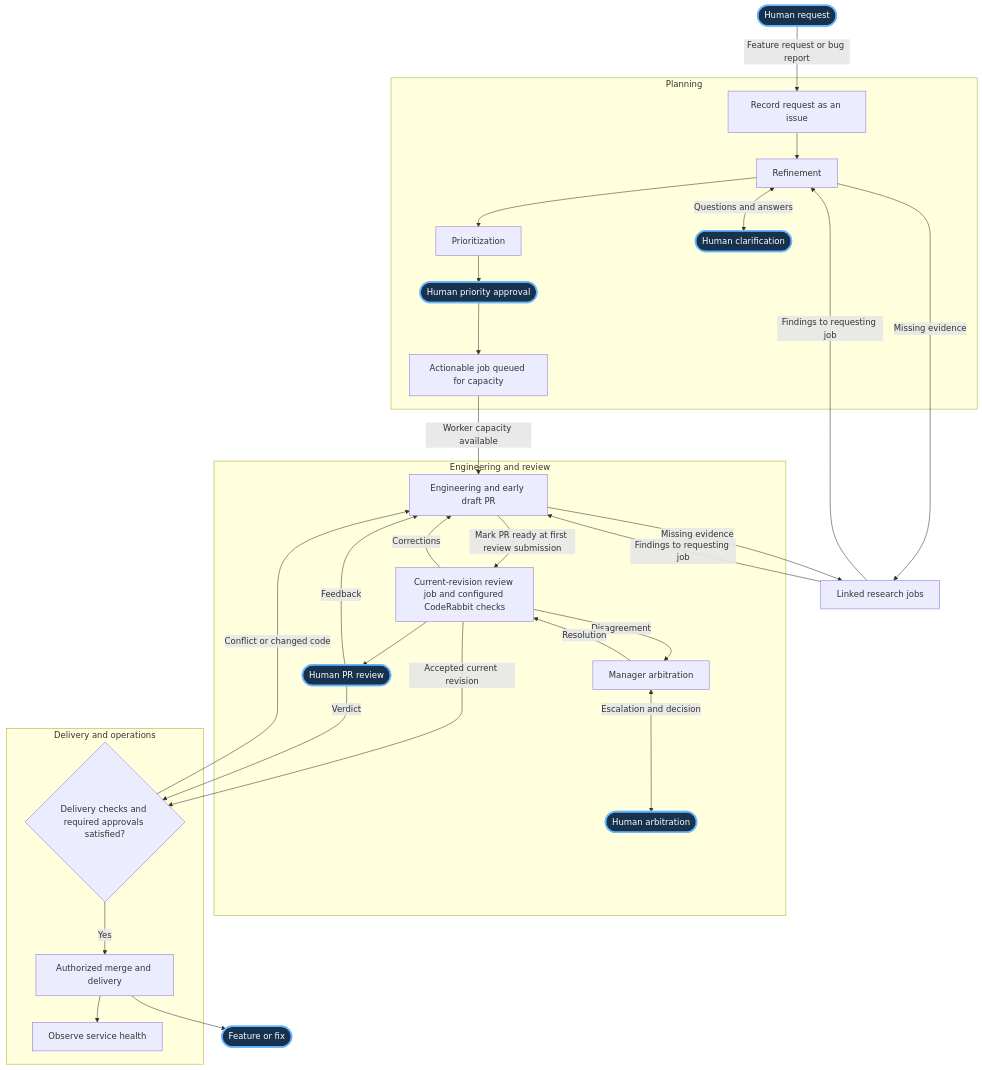
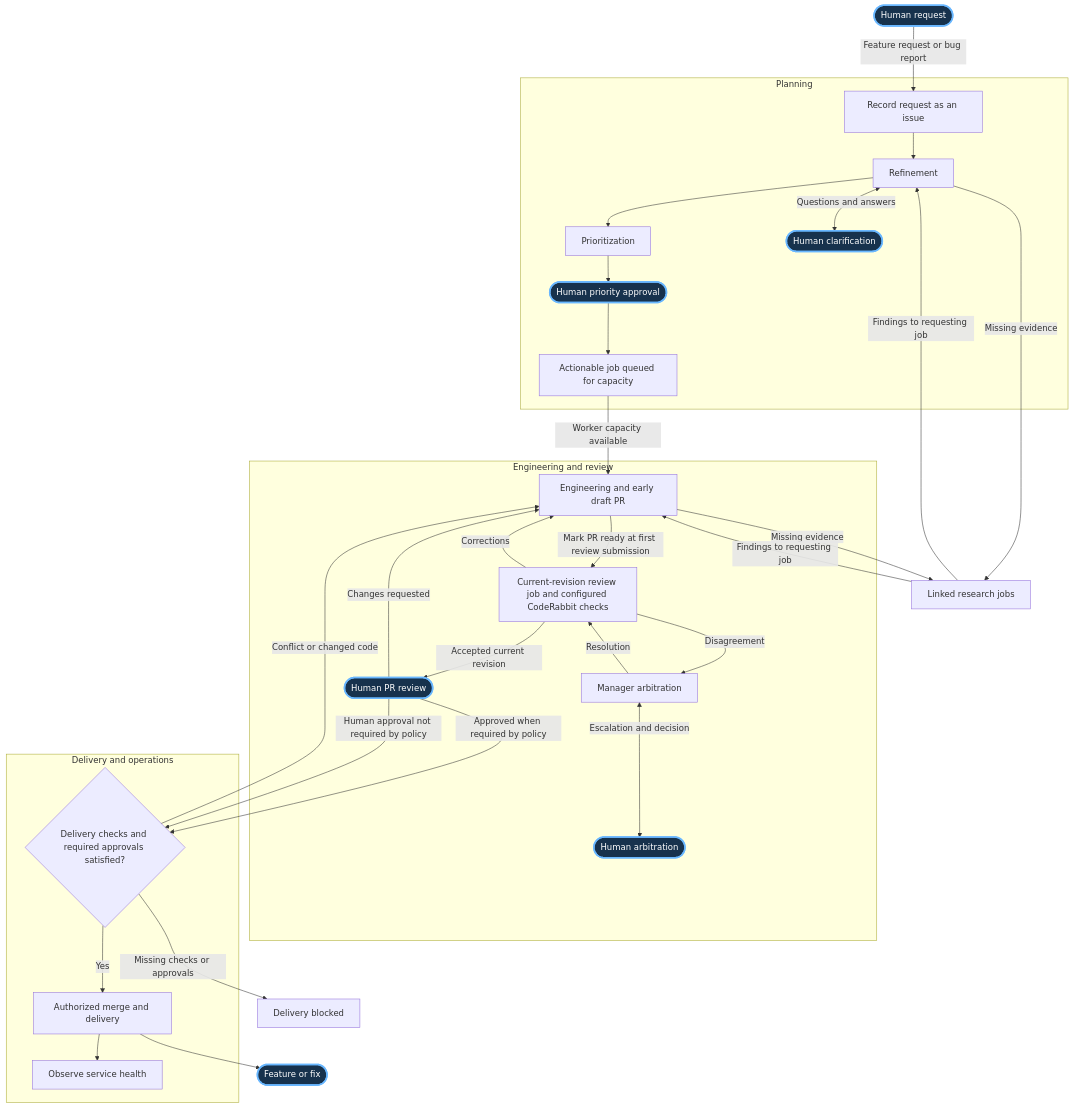
Before and after one commit to dataclique/metagenda: the second of 3 diagrams in SPEC.md, drawn with Mermaid. The commit also changed other lines of this file and 2 other files, not shown here.

Commit message:
clarify execution recovery and review contracts

````diff
--- a/SPEC.md
+++ b/SPEC.md
@@ -197,50 +210,51 @@
 ```mermaid
 flowchart TD
     Human([Human request])
     Complete([Feature or fix])
     subgraph Planning[Planning]
         Intake[Record request as an issue]
         Refine[Refinement]
         Priority[Prioritization]
         Queue[Actionable job queued for capacity]
         Clarify([Human clarification])
         Approve([Human priority approval])
     end
     Research[Linked research jobs]
     subgraph Implementation[Engineering and review]
         Engineering[Engineering and early draft PR]
         Review[Current-revision review job and configured CodeRabbit checks]
         Arbitration[Manager arbitration]
         HumanReview([Human PR review])
         HumanDecision([Human arbitration])
     end
     subgraph Delivery[Delivery and operations]
         Release{Delivery checks and required approvals satisfied?}
         Deliver[Authorized merge and delivery]
         Monitor[Observe service health]
         Deliver --> Monitor
     end
         Intake --> Refine --> Priority
         Refine -->|Missing evidence| Research
         Research -->|Findings to requesting job| Refine
         Engineering -->|Missing evidence| Research
         Research -->|Findings to requesting job| Engineering
         Queue -->|Worker capacity available| Engineering
         Engineering -->|Mark PR ready at first review submission| Review
         Review -->|Corrections| Engineering
         Review -->|Disagreement| Arbitration
         Arbitration -->|Resolution| Review
-        Review -->|Accepted current revision| Release
+        Review -->|Accepted current revision| HumanReview
         Release -->|Yes| Deliver
         Release -->|Conflict or changed code| Engineering
     Human -->|Feature request or bug report| Intake
     Refine <-->|Questions and answers| Clarify
     Priority --> Approve --> Queue
-    Review --> HumanReview
-    HumanReview -->|Feedback| Engineering
-    HumanReview -->|Verdict| Release
+    HumanReview -->|Changes requested| Engineering
+    HumanReview -->|Approved when required by policy| Release
+    HumanReview -->|Human approval not required by policy| Release
+    Release -->|Missing checks or approvals| Blocked[Delivery blocked]
     Arbitration <-->|Escalation and decision| HumanDecision
     Deliver --> Complete
     classDef endpoint fill:#17324d,color:#ffffff,stroke:#69b7ff,stroke-width:3px
     class Human,Complete,Clarify,Approve,HumanReview,HumanDecision endpoint
 ```
````
